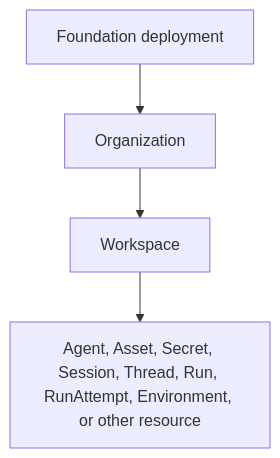
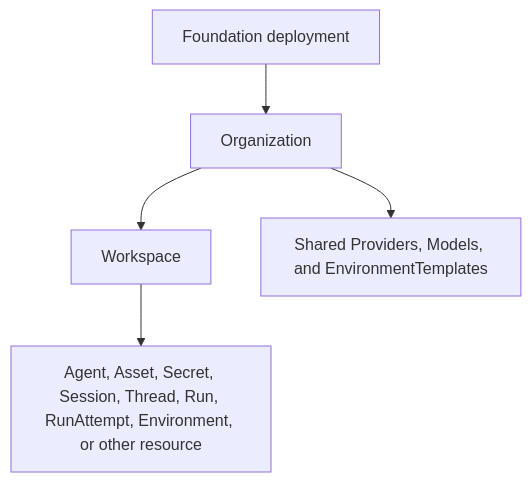
One commit to LTThreeComma/agent-foundation changed the diagram in spec/foundation-service/33-identity-and-access-management.md. Above: the diagram before and after it, drawn with Mermaid. The commit also changed other lines of this file and 88 other files, not shown here.

First line of the commit message:
feat(foundation): share organization configuration across workspaces (#200)

````diff
--- a/spec/foundation-service/33-identity-and-access-management.md
+++ b/spec/foundation-service/33-identity-and-access-management.md
@@ -24,9 +24,10 @@
 ```mermaid
 flowchart TB
     Deployment[Foundation deployment]
     Organization[Organization]
     Workspace[Workspace]
     Resource[Agent, Asset, Secret, Session, Thread, Run, RunAttempt, Environment, or other resource]
 
     Deployment --> Organization --> Workspace --> Resource
+    Organization --> Configuration[Shared Providers, Models, and EnvironmentTemplates]
 ```
````
